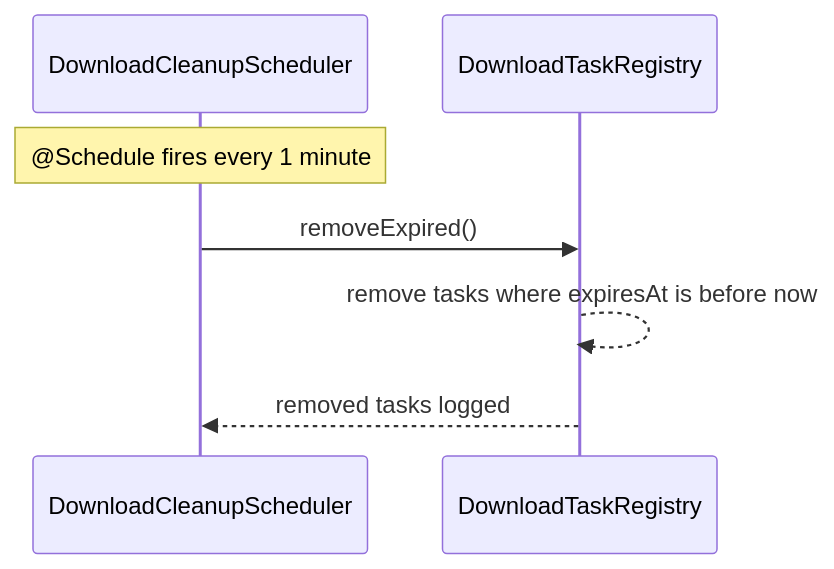
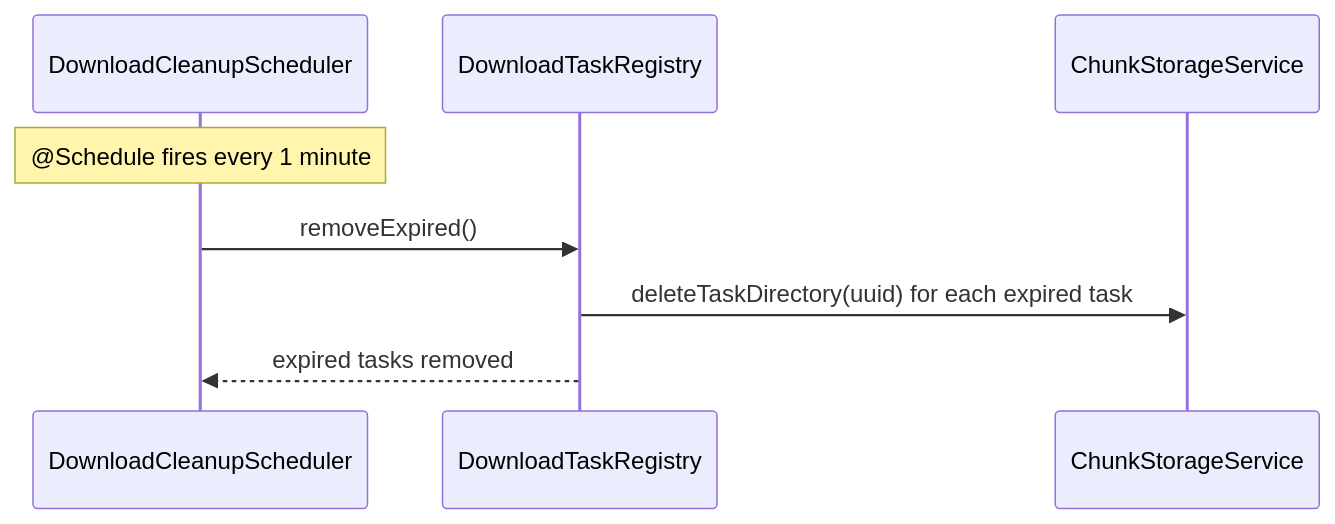
The sixth of 7 diagrams in README.md (Warpguru/BaseDownloader), drawn with Mermaid before and after one commit. The commit also changed other lines of this file, not shown here.

````diff
--- a/README.md
+++ b/README.md
@@ -145,10 +204,11 @@
 ```mermaid
 sequenceDiagram
     participant SCH as DownloadCleanupScheduler
     participant DTR as DownloadTaskRegistry
+    participant CSS as ChunkStorageService
 
     Note over SCH: @Schedule fires every 1 minute
     SCH->>DTR: removeExpired()
-    DTR-->>DTR: remove tasks where expiresAt is before now
-    DTR-->>SCH: removed tasks logged
+    DTR->>CSS: deleteTaskDirectory(uuid) for each expired task
+    DTR-->>SCH: expired tasks removed
 ```
````
